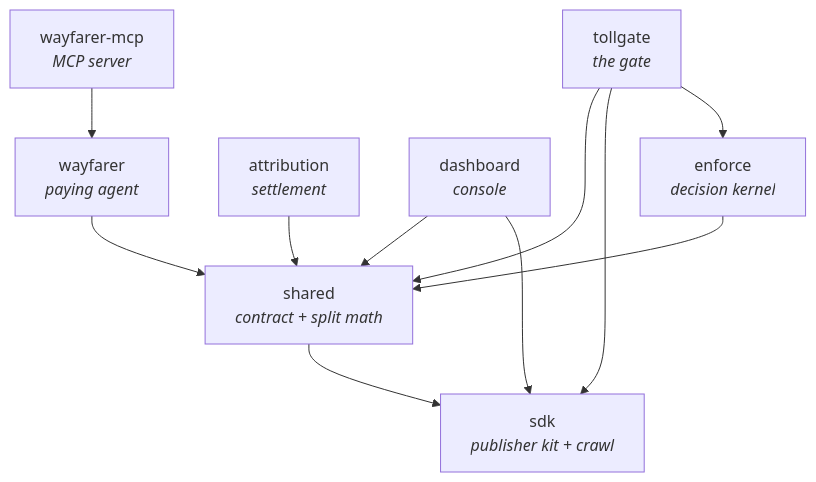
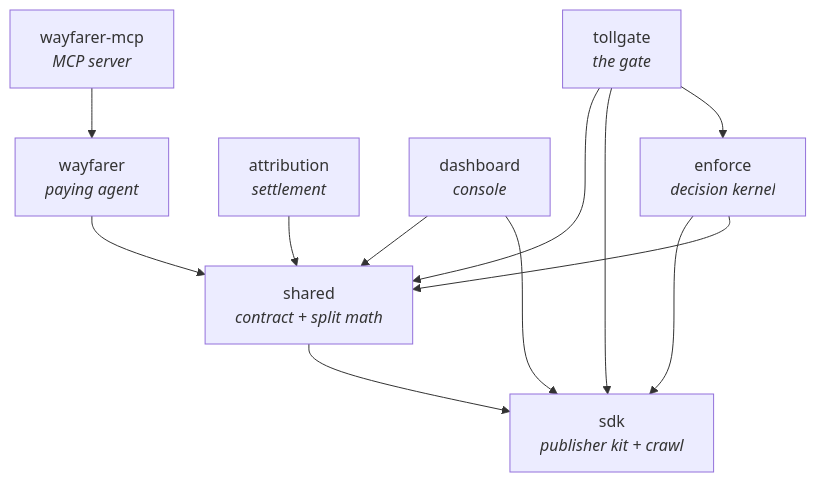
The third of 4 diagrams in README.md (naulonapp/naulon), drawn with Mermaid before and after one commit. The commit also changed other lines of this file and 1 other file, not shown here.

````diff
--- a/README.md
+++ b/README.md
@@ -253,22 +252,23 @@
 ```mermaid
 flowchart TD
     tollgate["tollgate<br/><i>the gate</i>"]
     wayfarer["wayfarer<br/><i>paying agent</i>"]
     wmcp["wayfarer-mcp<br/><i>MCP server</i>"]
     attribution["attribution<br/><i>settlement</i>"]
     dashboard["dashboard<br/><i>console</i>"]
     enforce["enforce<br/><i>decision kernel</i>"]
     shared["shared<br/><i>contract + split math</i>"]
     sdk["sdk<br/><i>publisher kit + crawl</i>"]
 
     tollgate --> enforce
     tollgate --> sdk
     tollgate --> shared
     wmcp --> wayfarer
     wayfarer --> shared
     attribution --> shared
     dashboard --> sdk
     dashboard --> shared
     enforce --> shared
+    enforce --> sdk
     shared --> sdk
 ```
````
